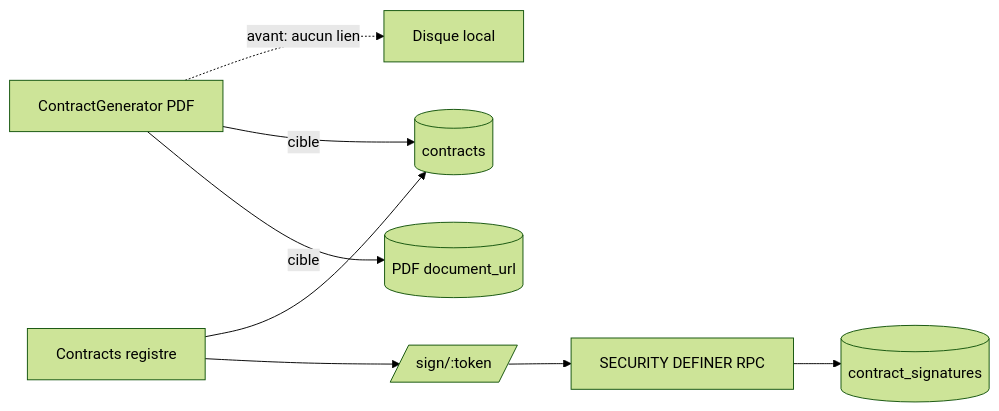
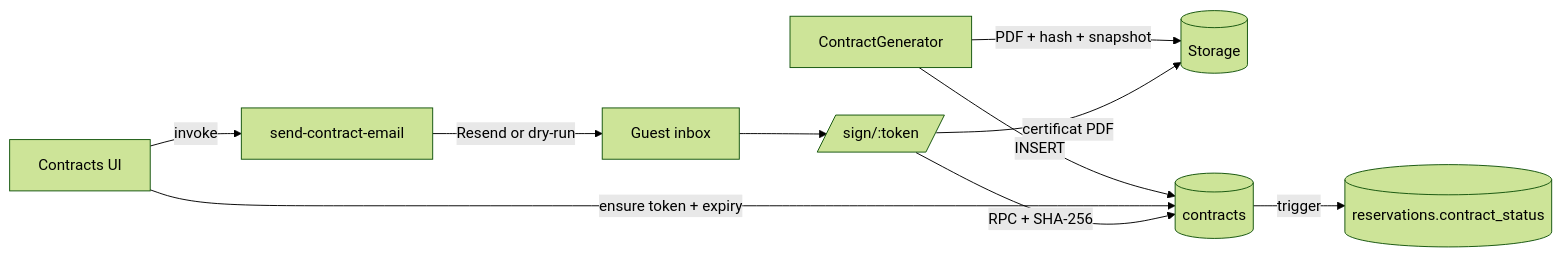
One commit to Butlr-app/my-butlr changed the diagram in docs/audit-contrats.md. Above: the diagram before and after it, drawn with Mermaid (forest theme). The commit also changed other lines of this file and 17 other files, not shown here.

First line of the commit message:
Complète la roadmap contrats P0–P2 (email, preuve, sync, kind, DnD)

````diff
--- a/docs/audit-contrats.md
+++ b/docs/audit-contrats.md
@@ -21,10 +11,12 @@
 ```mermaid
 flowchart LR
-  Gen[ContractGenerator PDF] -.->|avant: aucun lien| Disk[Disque local]
-  Reg[Contracts registre] --> DB[(contracts)]
-  Reg --> Link[/sign/:token/]
-  Link --> RPC[SECURITY DEFINER RPC]
-  RPC --> Sig[(contract_signatures)]
-  Gen -->|cible| DB
-  Gen -->|cible| Storage[(PDF document_url)]
+  Gen[ContractGenerator] -->|PDF + hash + snapshot| Storage[(Storage)]
+  Gen -->|INSERT| DB[(contracts)]
+  Reg[Contracts UI] -->|ensure token + expiry| DB
+  Reg -->|invoke| Email[send-contract-email]
+  Email -->|Resend or dry-run| Guest[Guest inbox]
+  Guest --> Sign[/sign/:token/]
+  Sign -->|RPC + SHA-256| DB
+  Sign -->|certificat PDF| Storage
+  DB -->|trigger| Res[(reservations.contract_status)]
 ```
````
